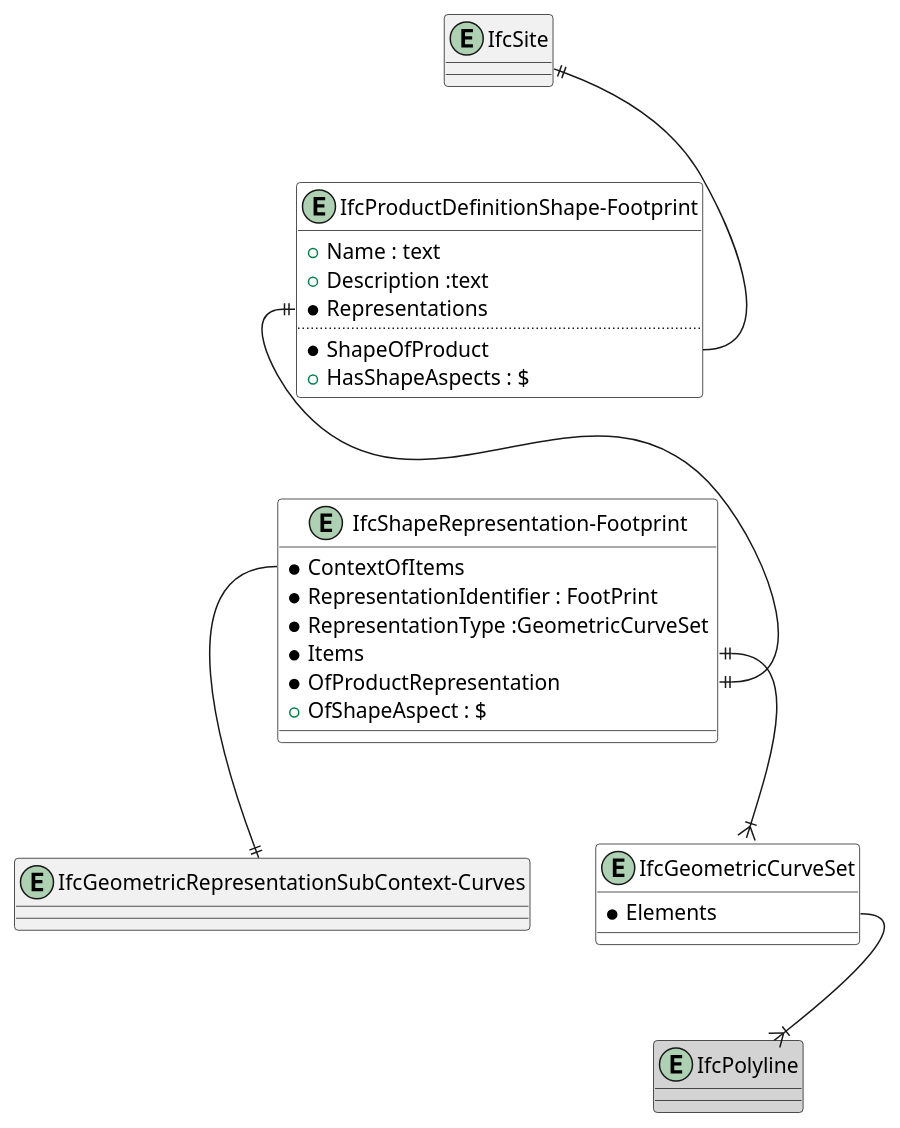
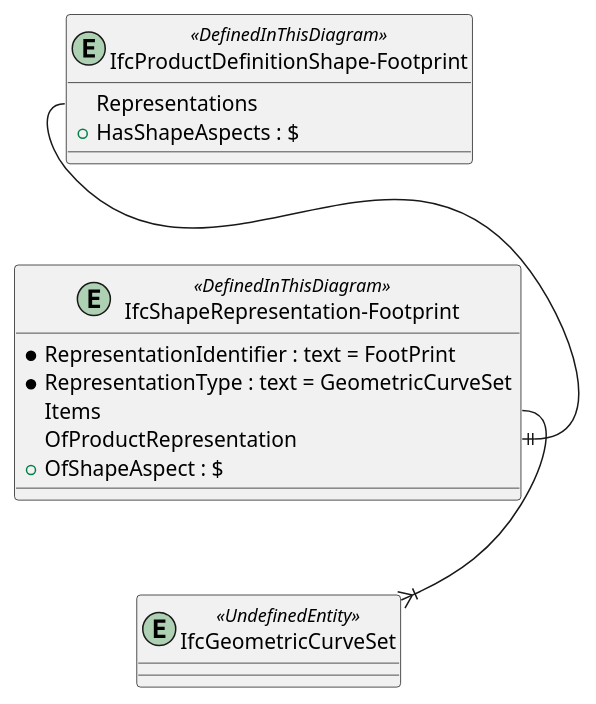
The diagram in diagrams/bsf-IfcProductDefinitionShape-Footprint.pu (buildingSMART-Finland/RYTV-IFCRoute), drawn with PlantUML before and after one commit. The commit also changed other lines of this file and 25 other files, not shown here.

```diff
--- a/diagrams/bsf-IfcProductDefinitionShape-Footprint.pu
+++ b/diagrams/bsf-IfcProductDefinitionShape-Footprint.pu
@@ -4,48 +1,25 @@
 @startuml 
 
-entity IfcSite
-
-
-entity "IfcGeometricRepresentationSubContext-Curves"
-
-entity "IfcProductDefinitionShape-Footprint" #white
+entity "IfcProductDefinitionShape-Footprint" <<DefinedInThisDiagram>>
 {
-  +Name : text
-  +Description :text
-  *Representations
-  ..
-  *ShapeOfProduct
+  Representations
   +HasShapeAspects : $
 }
 
-entity "IfcShapeRepresentation-Footprint" #white
+entity "IfcShapeRepresentation-Footprint" <<DefinedInThisDiagram>>
 {
-  *ContextOfItems
-  *RepresentationIdentifier : FootPrint
-  *RepresentationType :GeometricCurveSet
-  *Items
-  *OfProductRepresentation
+  *RepresentationIdentifier : text = FootPrint
+  *RepresentationType : text = GeometricCurveSet
+  Items
+  OfProductRepresentation
   +OfShapeAspect : $
 }
 
-entity IfcPolyline #lightgray
+entity IfcGeometricCurveSet <<UndefinedEntity>>
 
-entity IfcGeometricCurveSet #white
-{
-  *Elements
-}
+"IfcProductDefinitionShape-Footprint::Representations" --|| "IfcShapeRepresentation-Footprint::OfProductRepresentation"
 
 
-IfcSite ||--"IfcProductDefinitionShape-Footprint::ShapeOfProduct"
-
-"IfcProductDefinitionShape-Footprint::Representations" ||--|| "IfcShapeRepresentation-Footprint::OfProductRepresentation"
-
-
-"IfcShapeRepresentation-Footprint::Items"||--|{ IfcGeometricCurveSet
-IfcGeometricCurveSet::Elements--|{ IfcPolyline
-
-"IfcShapeRepresentation-Footprint::ContextOfItems"--||"IfcGeometricRepresentationSubContext-Curves"
-
-
+"IfcShapeRepresentation-Footprint::Items"--|{ IfcGeometricCurveSet
 
 @enduml
```
